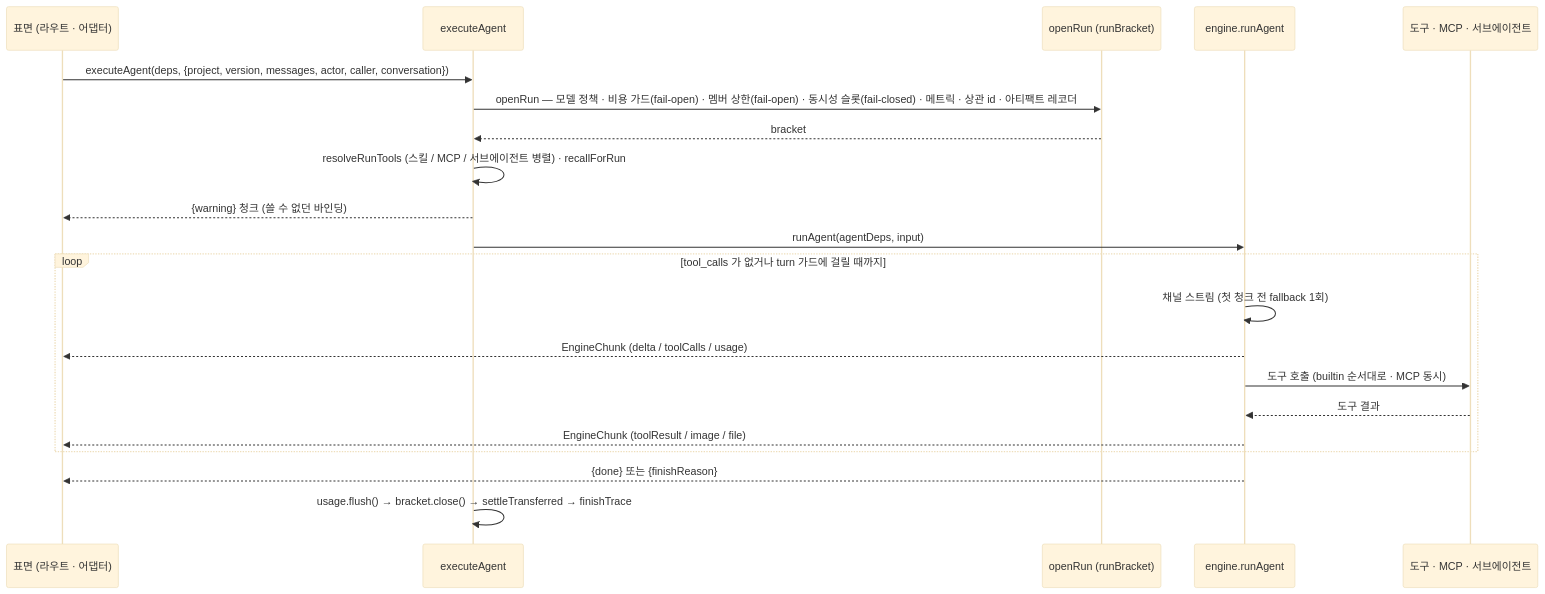
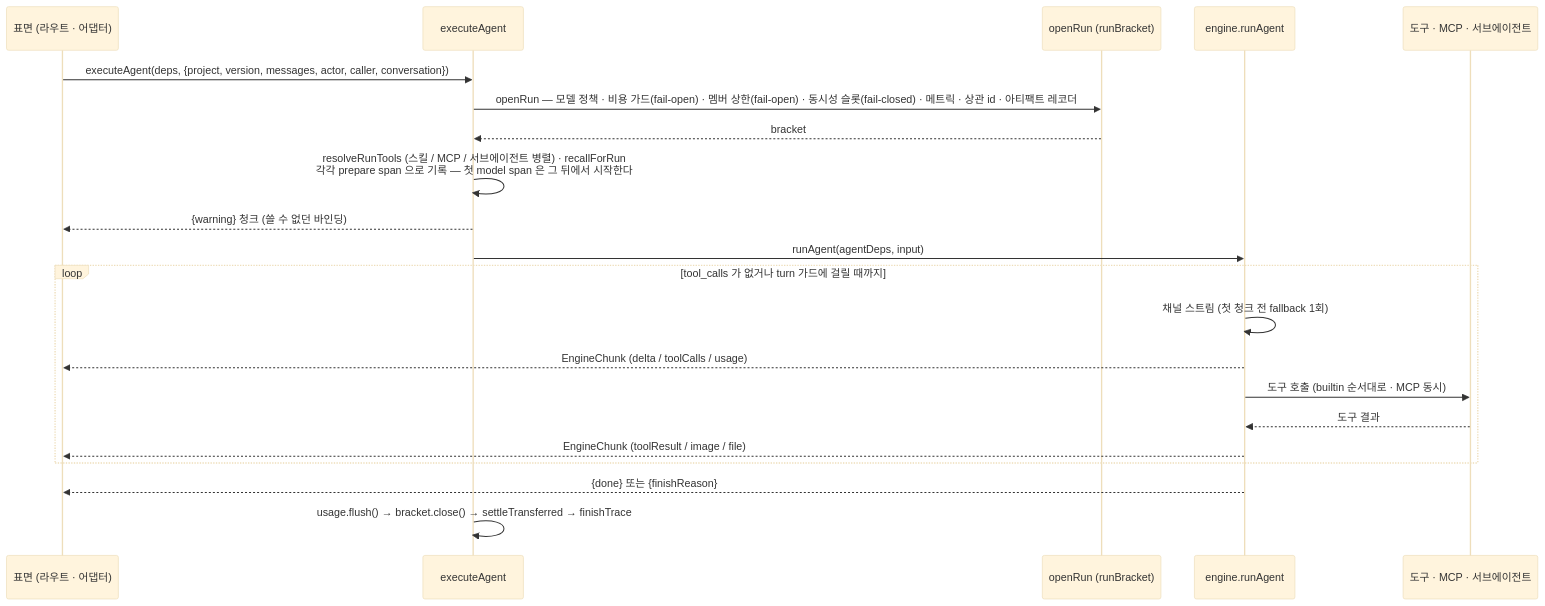
Before and after one commit to opspresso/agent-studio: the third of 6 diagrams in docs/DIAGRAMS.md, drawn with Mermaid (base theme). The commit also changed other lines of this file and 22 other files, not shown here.

````diff
--- a/docs/DIAGRAMS.md
+++ b/docs/DIAGRAMS.md
@@ -105,23 +105,23 @@
 ```mermaid
 sequenceDiagram
   participant S as 표면 (라우트 · 어댑터)
   participant F as executeAgent
   participant B as openRun (runBracket)
   participant E as engine.runAgent
   participant T as 도구 · MCP · 서브에이전트
   S->>F: executeAgent(deps, {project, version, messages, actor, caller, conversation})
   F->>B: openRun — 모델 정책 · 비용 가드(fail-open) · 멤버 상한(fail-open) · 동시성 슬롯(fail-closed) · 메트릭 · 상관 id · 아티팩트 레코더
   B-->>F: bracket
-  F->>F: resolveRunTools (스킬 / MCP / 서브에이전트 병렬) · recallForRun
+  F->>F: resolveRunTools (스킬 / MCP / 서브에이전트 병렬) · recallForRun<br/>각각 prepare span 으로 기록 — 첫 model span 은 그 뒤에서 시작한다
   F-->>S: {warning} 청크 (쓸 수 없던 바인딩)
   F->>E: runAgent(agentDeps, input)
   loop tool_calls 가 없거나 turn 가드에 걸릴 때까지
     E->>E: 채널 스트림 (첫 청크 전 fallback 1회)
     E-->>S: EngineChunk (delta / toolCalls / usage)
     E->>T: 도구 호출 (builtin 순서대로 · MCP 동시)
     T-->>E: 도구 결과
     E-->>S: EngineChunk (toolResult / image / file)
   end
   E-->>S: {done} 또는 {finishReason}
   F->>F: usage.flush() → bracket.close() → settleTransferred → finishTrace
 ```
````
